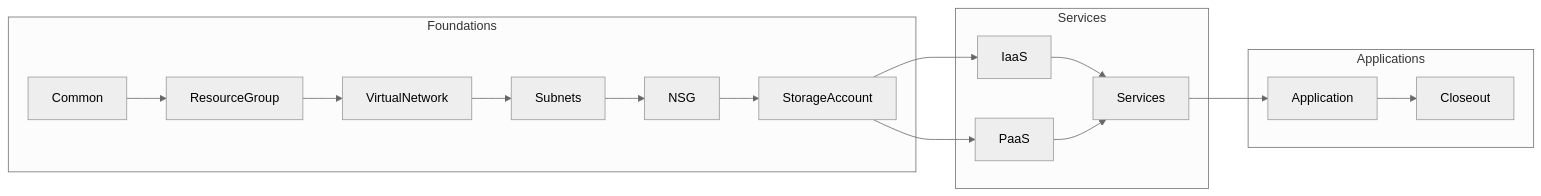
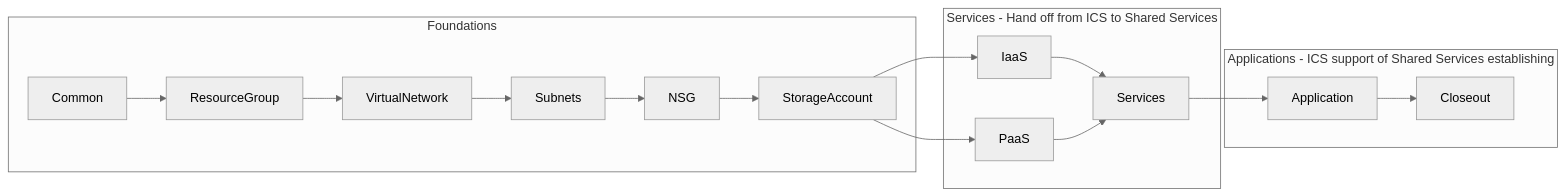
Before and after one commit to slagathor34/awx-lab: the first of 2 diagrams in azure-BlueShift/README.md, drawn with Mermaid (neutral theme). The commit also changed other lines of this file, not shown here.

Commit message:
Update graph

````diff
--- a/azure-BlueShift/README.md
+++ b/azure-BlueShift/README.md
@@ -15,22 +15,22 @@
 ```mermaid
 flowchart LR
   subgraph Foundations
     Node0[Common] --> Node1[ResourceGroup]
     Node1[ResourceGroup] --> Node2[VirtualNetwork]
     Node2[VirtualNetwork] --> Node3[Subnets]
     Node3[Subnets] --> Node4[NSG]
     Node4[NSG] --> Node5[StorageAccount]
   end
   
-  subgraph Services
+  subgraph Services - Hand off from ICS to Shared Services
     Node5[StorageAccount] --> Node6[IaaS]
     Node5[StorageAccount] --> Node7[PaaS]
     Node6[IaaS] --> Node8[Services]
     Node7[PaaS] --> Node8[Services]
   end
   
-  subgraph Applications
+  subgraph Applications - ICS support of Shared Services establishing 
     Node8[Services] --> Node9[Application]
     Node9[Application] --> Node10[Closeout]
   end
 ```
````
